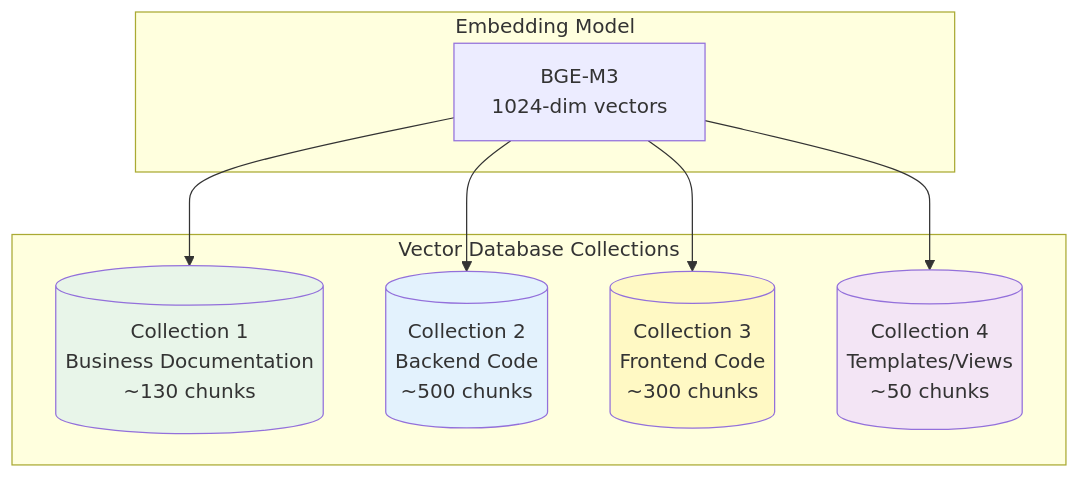
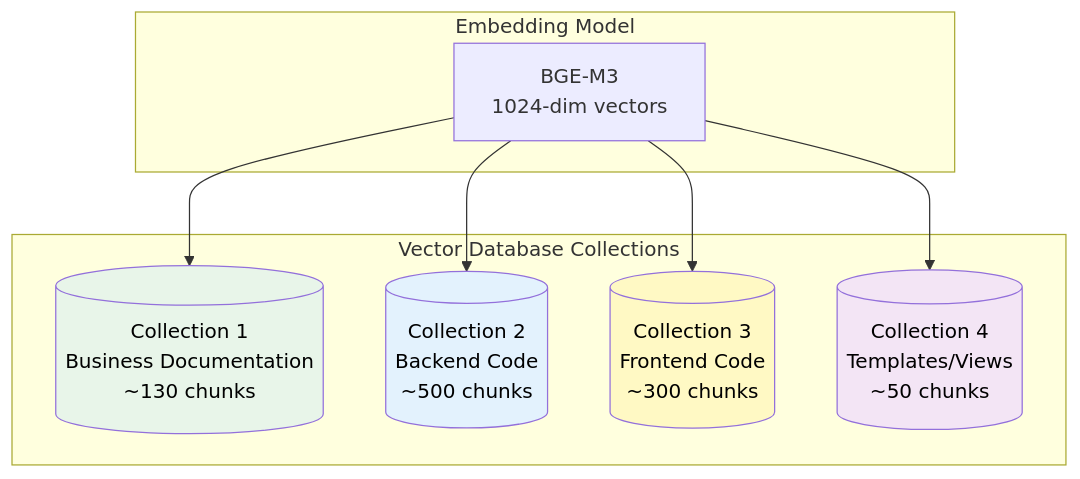
Before and after one commit to yash-ganatra/legacy-banking-dev-assistant: the seventh of 13 diagrams in README.md, drawn with Mermaid. The commit also changed other lines of this file, not shown here.

````diff
--- a/README.md
+++ b/README.md
@@ -347,23 +416,23 @@
 ```mermaid
 graph TB
     subgraph "Vector Database Collections"
         C1[(Collection 1<br/>Business Documentation<br/>~130 chunks)]
         C2[(Collection 2<br/>Backend Code<br/>~500 chunks)]
         C3[(Collection 3<br/>Frontend Code<br/>~300 chunks)]
         C4[(Collection 4<br/>Templates/Views<br/>~50 chunks)]
     end
     
     subgraph "Embedding Model"
         BGE[BGE-M3<br/>1024-dim vectors]
     end
     
     BGE --> C1
     BGE --> C2
     BGE --> C3
     BGE --> C4
     
-    style C1 fill:#e8f5e9
-    style C2 fill:#e3f2fd
-    style C3 fill:#fff9c4
-    style C4 fill:#f3e5f5
+    style C1 fill:#e8f5e9,color:#000
+    style C2 fill:#e3f2fd,color:#000
+    style C3 fill:#fff9c4,color:#000
+    style C4 fill:#f3e5f5,color:#000
 ```
````
